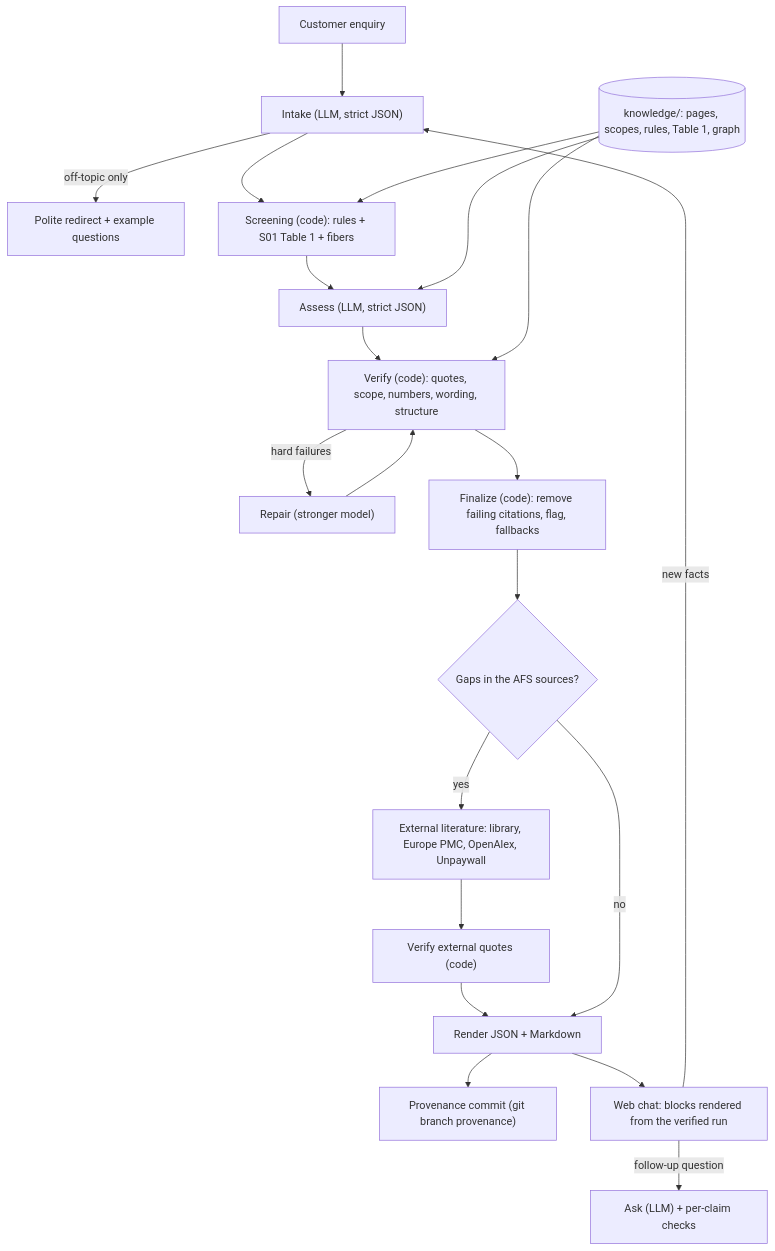
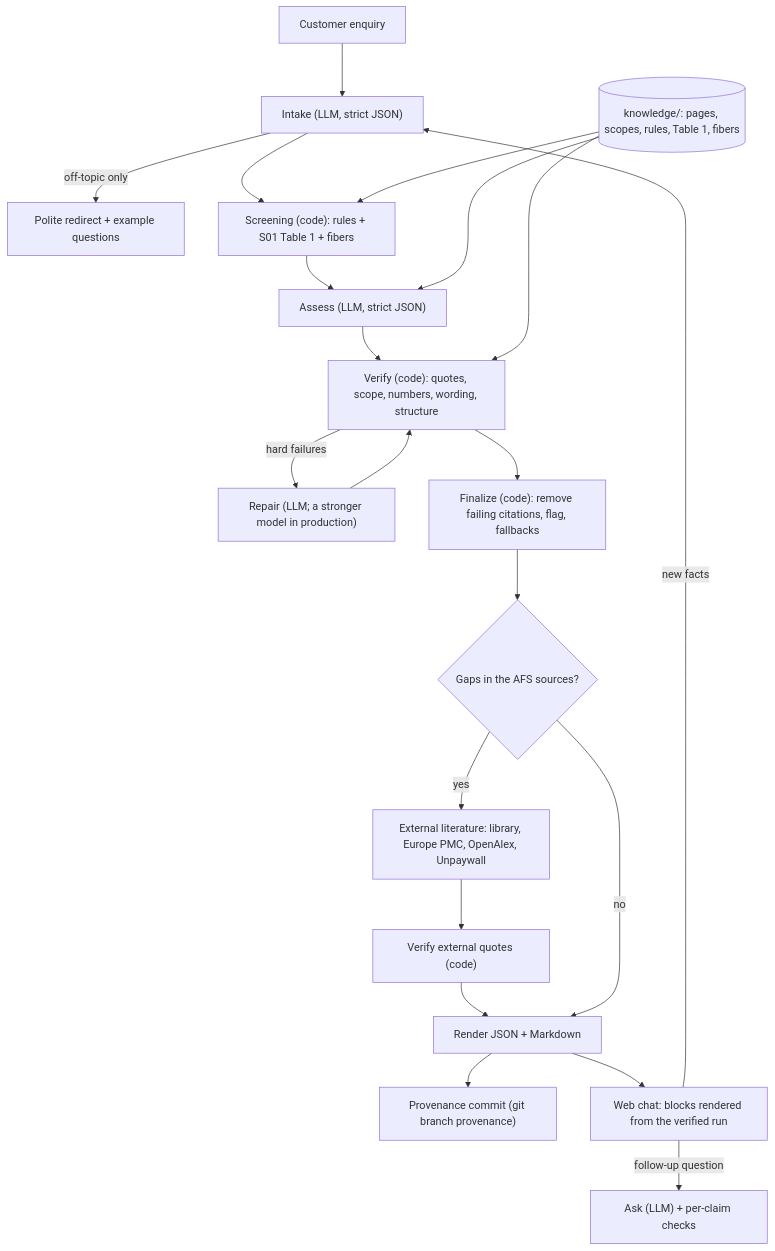
Before and after one commit to sleipnir029/Afs-Spectroscopy-Assistant: the diagram in ARCHITECTURE.md, drawn with Mermaid. The commit also changed other lines of this file, not shown here.

First line of the commit message:
F2: ARCHITECTURE truth fixes and an Extending section

````diff
--- a/ARCHITECTURE.md
+++ b/ARCHITECTURE.md
@@ -9,23 +9,23 @@
 ```mermaid
 flowchart TD
     E["Customer enquiry"] --> I["Intake (LLM, strict JSON)"]
     I -->|off-topic only| R0["Polite redirect + example questions"]
     I --> S["Screening (code): rules + S01 Table 1 + fibers"]
     S --> A["Assess (LLM, strict JSON)"]
     A --> V["Verify (code): quotes, scope, numbers, wording, structure"]
-    V -->|hard failures| RP["Repair (stronger model)"]
+    V -->|hard failures| RP["Repair (LLM; a stronger model in production)"]
     RP --> V
     V --> F["Finalize (code): remove failing citations, flag, fallbacks"]
     F --> G{"Gaps in the AFS sources?"}
     G -->|yes| X["External literature: library, Europe PMC, OpenAlex, Unpaywall"]
     X --> XV["Verify external quotes (code)"]
     XV --> OUT
     G -->|no| OUT["Render JSON + Markdown"]
     OUT --> P["Provenance commit (git branch provenance)"]
     OUT --> UI["Web chat: blocks rendered from the verified run"]
     UI -->|follow-up question| C["Ask (LLM) + per-claim checks"]
     UI -->|new facts| I
-    KB[("knowledge/: pages, scopes, rules, Table 1, graph")] --> S
+    KB[("knowledge/: pages, scopes, rules, Table 1, fibers")] --> S
     KB --> A
     KB --> V
 ```
````
